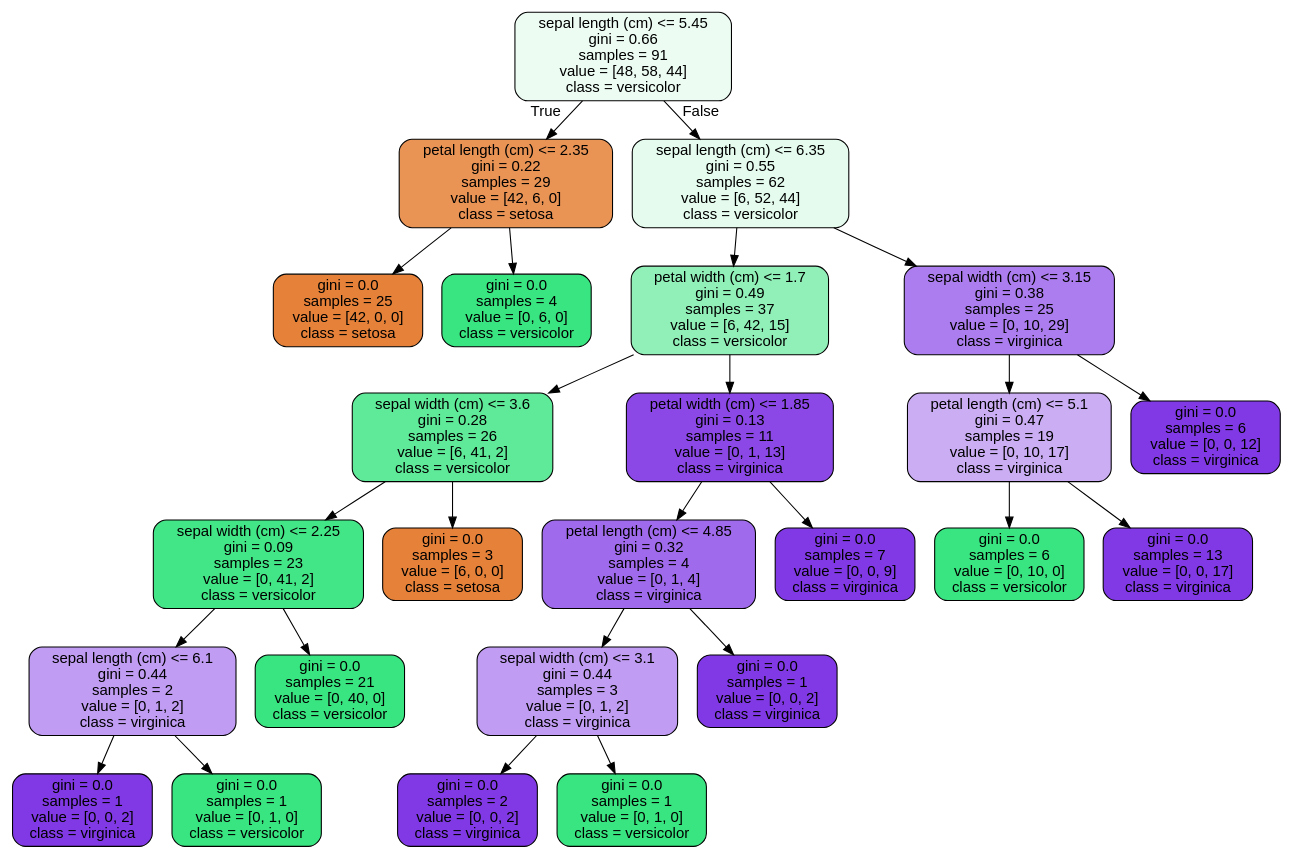
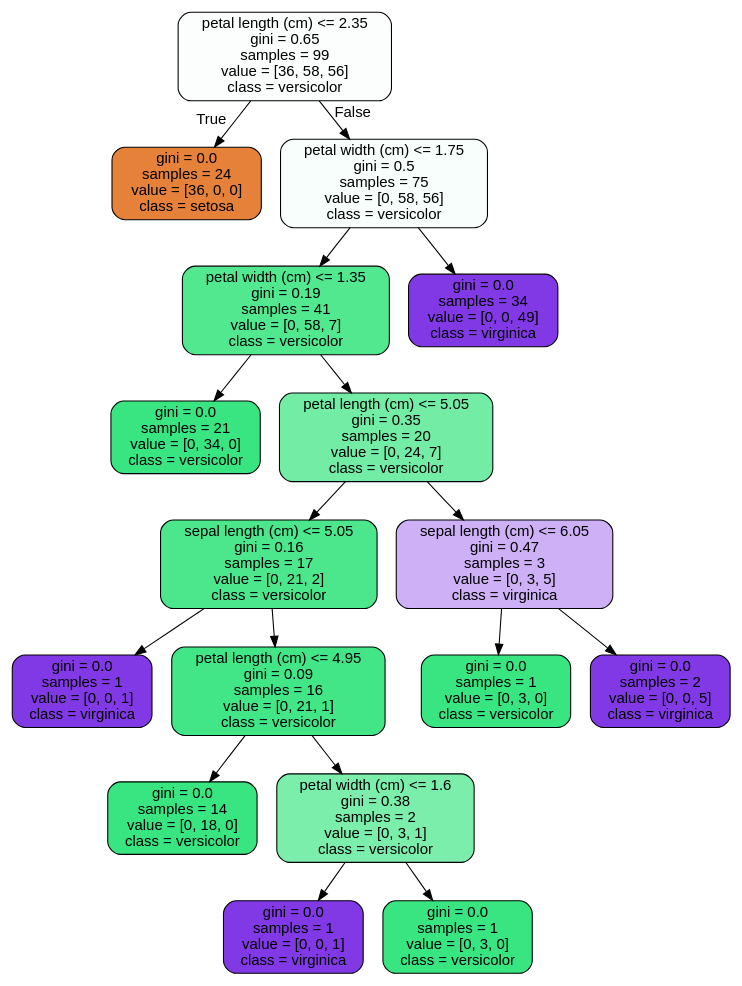
The diagram in Random Forest Case Study - South Korea Coronavirus/tree.dot (taflor/Springboard), drawn with Graphviz before and after one commit. The commit also changed 2 other files, not shown here.

```diff
--- a/Random Forest Case Study - South Korea Coronavirus/tree.dot
+++ b/Random Forest Case Study - South Korea Coronavirus/tree.dot
@@ -1,53 +1,37 @@
 digraph Tree {
 node [shape=box, style="filled, rounded", color="black", fontname=helvetica] ;
 edge [fontname=helvetica] ;
-0 [label="sepal length (cm) <= 5.45\ngini = 0.66\nsamples = 91\nvalue = [48, 58, 44]\nclass = versicolor", fillcolor="#ecfcf3"] ;
-1 [label="petal length (cm) <= 2.35\ngini = 0.22\nsamples = 29\nvalue = [42, 6, 0]\nclass = setosa", fillcolor="#e99355"] ;
+0 [label="petal length (cm) <= 2.35\ngini = 0.65\nsamples = 99\nvalue = [36, 58, 56]\nclass = versicolor", fillcolor="#fbfefc"] ;
+1 [label="gini = 0.0\nsamples = 24\nvalue = [36, 0, 0]\nclass = setosa", fillcolor="#e58139"] ;
 0 -> 1 [labeldistance=2.5, labelangle=45, headlabel="True"] ;
-2 [label="gini = 0.0\nsamples = 25\nvalue = [42, 0, 0]\nclass = setosa", fillcolor="#e58139"] ;
-1 -> 2 ;
-3 [label="gini = 0.0\nsamples = 4\nvalue = [0, 6, 0]\nclass = versicolor", fillcolor="#39e581"] ;
-1 -> 3 ;
-4 [label="sepal length (cm) <= 6.35\ngini = 0.55\nsamples = 62\nvalue = [6, 52, 44]\nclass = versicolor", fillcolor="#e4fbee"] ;
-0 -> 4 [labeldistance=2.5, labelangle=-45, headlabel="False"] ;
-5 [label="petal width (cm) <= 1.7\ngini = 0.49\nsamples = 37\nvalue = [6, 42, 15]\nclass = versicolor", fillcolor="#90f0b8"] ;
-4 -> 5 ;
-6 [label="sepal width (cm) <= 3.6\ngini = 0.28\nsamples = 26\nvalue = [6, 41, 2]\nclass = versicolor", fillcolor="#5eea98"] ;
+2 [label="petal width (cm) <= 1.75\ngini = 0.5\nsamples = 75\nvalue = [0, 58, 56]\nclass = versicolor", fillcolor="#f8fefb"] ;
+0 -> 2 [labeldistance=2.5, labelangle=-45, headlabel="False"] ;
+3 [label="petal width (cm) <= 1.35\ngini = 0.19\nsamples = 41\nvalue = [0, 58, 7]\nclass = versicolor", fillcolor="#51e890"] ;
+2 -> 3 ;
+4 [label="gini = 0.0\nsamples = 21\nvalue = [0, 34, 0]\nclass = versicolor", fillcolor="#39e581"] ;
+3 -> 4 ;
+5 [label="petal length (cm) <= 5.05\ngini = 0.35\nsamples = 20\nvalue = [0, 24, 7]\nclass = versicolor", fillcolor="#73eda6"] ;
+3 -> 5 ;
+6 [label="sepal length (cm) <= 5.05\ngini = 0.16\nsamples = 17\nvalue = [0, 21, 2]\nclass = versicolor", fillcolor="#4ce78d"] ;
 5 -> 6 ;
-7 [label="sepal width (cm) <= 2.25\ngini = 0.09\nsamples = 23\nvalue = [0, 41, 2]\nclass = versicolor", fillcolor="#43e687"] ;
+7 [label="gini = 0.0\nsamples = 1\nvalue = [0, 0, 1]\nclass = virginica", fillcolor="#8139e5"] ;
 6 -> 7 ;
-8 [label="sepal length (cm) <= 6.1\ngini = 0.44\nsamples = 2\nvalue = [0, 1, 2]\nclass = virginica", fillcolor="#c09cf2"] ;
-7 -> 8 ;
-9 [label="gini = 0.0\nsamples = 1\nvalue = [0, 0, 2]\nclass = virginica", fillcolor="#8139e5"] ;
+8 [label="petal length (cm) <= 4.95\ngini = 0.09\nsamples = 16\nvalue = [0, 21, 1]\nclass = versicolor", fillcolor="#42e687"] ;
+6 -> 8 ;
+9 [label="gini = 0.0\nsamples = 14\nvalue = [0, 18, 0]\nclass = versicolor", fillcolor="#39e581"] ;
 8 -> 9 ;
-10 [label="gini = 0.0\nsamples = 1\nvalue = [0, 1, 0]\nclass = versicolor", fillcolor="#39e581"] ;
+10 [label="petal width (cm) <= 1.6\ngini = 0.38\nsamples = 2\nvalue = [0, 3, 1]\nclass = versicolor", fillcolor="#7beeab"] ;
 8 -> 10 ;
-11 [label="gini = 0.0\nsamples = 21\nvalue = [0, 40, 0]\nclass = versicolor", fillcolor="#39e581"] ;
-7 -> 11 ;
-12 [label="gini = 0.0\nsamples = 3\nvalue = [6, 0, 0]\nclass = setosa", fillcolor="#e58139"] ;
-6 -> 12 ;
-13 [label="petal width (cm) <= 1.85\ngini = 0.13\nsamples = 11\nvalue = [0, 1, 13]\nclass = virginica", fillcolor="#8b48e7"] ;
+11 [label="gini = 0.0\nsamples = 1\nvalue = [0, 0, 1]\nclass = virginica", fillcolor="#8139e5"] ;
+10 -> 11 ;
+12 [label="gini = 0.0\nsamples = 1\nvalue = [0, 3, 0]\nclass = versicolor", fillcolor="#39e581"] ;
+10 -> 12 ;
+13 [label="sepal length (cm) <= 6.05\ngini = 0.47\nsamples = 3\nvalue = [0, 3, 5]\nclass = virginica", fillcolor="#cdb0f5"] ;
 5 -> 13 ;
-14 [label="petal length (cm) <= 4.85\ngini = 0.32\nsamples = 4\nvalue = [0, 1, 4]\nclass = virginica", fillcolor="#a06aec"] ;
+14 [label="gini = 0.0\nsamples = 1\nvalue = [0, 3, 0]\nclass = versicolor", fillcolor="#39e581"] ;
 13 -> 14 ;
-15 [label="sepal width (cm) <= 3.1\ngini = 0.44\nsamples = 3\nvalue = [0, 1, 2]\nclass = virginica", fillcolor="#c09cf2"] ;
-14 -> 15 ;
-16 [label="gini = 0.0\nsamples = 2\nvalue = [0, 0, 2]\nclass = virginica", fillcolor="#8139e5"] ;
-15 -> 16 ;
-17 [label="gini = 0.0\nsamples = 1\nvalue = [0, 1, 0]\nclass = versicolor", fillcolor="#39e581"] ;
-15 -> 17 ;
-18 [label="gini = 0.0\nsamples = 1\nvalue = [0, 0, 2]\nclass = virginica", fillcolor="#8139e5"] ;
-14 -> 18 ;
-19 [label="gini = 0.0\nsamples = 7\nvalue = [0, 0, 9]\nclass = virginica", fillcolor="#8139e5"] ;
-13 -> 19 ;
-20 [label="sepal width (cm) <= 3.15\ngini = 0.38\nsamples = 25\nvalue = [0, 10, 29]\nclass = virginica", fillcolor="#ac7dee"] ;
-4 -> 20 ;
-21 [label="petal length (cm) <= 5.1\ngini = 0.47\nsamples = 19\nvalue = [0, 10, 17]\nclass = virginica", fillcolor="#cbadf4"] ;
-20 -> 21 ;
-22 [label="gini = 0.0\nsamples = 6\nvalue = [0, 10, 0]\nclass = versicolor", fillcolor="#39e581"] ;
-21 -> 22 ;
-23 [label="gini = 0.0\nsamples = 13\nvalue = [0, 0, 17]\nclass = virginica", fillcolor="#8139e5"] ;
-21 -> 23 ;
-24 [label="gini = 0.0\nsamples = 6\nvalue = [0, 0, 12]\nclass = virginica", fillcolor="#8139e5"] ;
-20 -> 24 ;
+15 [label="gini = 0.0\nsamples = 2\nvalue = [0, 0, 5]\nclass = virginica", fillcolor="#8139e5"] ;
+13 -> 15 ;
+16 [label="gini = 0.0\nsamples = 34\nvalue = [0, 0, 49]\nclass = virginica", fillcolor="#8139e5"] ;
+2 -> 16 ;
 }
```
